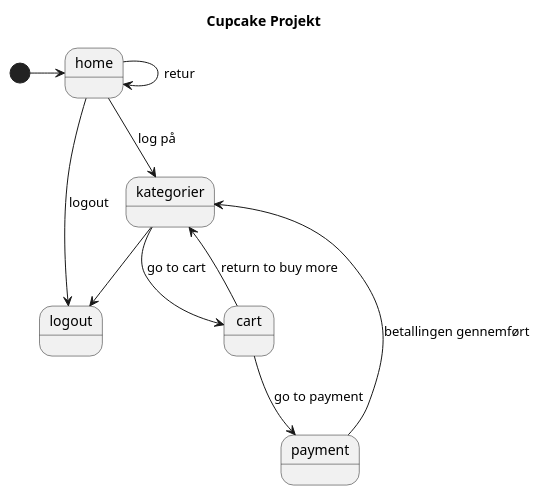
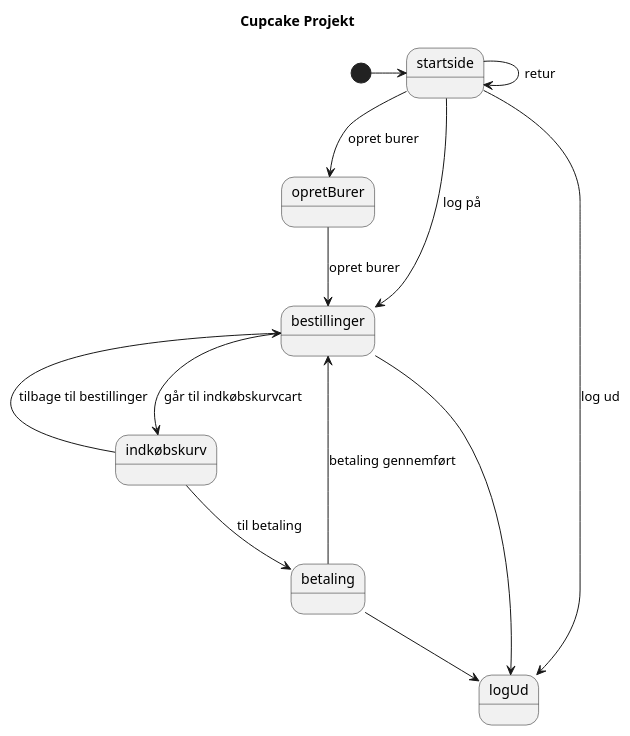
One commit to Mattsigurd/cupcake changed the diagram in src/main/plantuml/cupcake.puml. Above: the diagram before and after it, drawn with PlantUML.

```diff
--- a/src/main/plantuml/cupcake.puml
+++ b/src/main/plantuml/cupcake.puml
@@ -1,24 +1,27 @@
 @startuml
 
 Title Cupcake Projekt
 
-State home
-State logout
-State kategorier
-State cart
-State payment
+State startside
+State opretBurer
+State logUd
+State bestillinger
+State indkøbskurv
+State betaling
 
 
-[*] -> home
-home --> home : retur
-home --> kategorier : log på
-kategorier --> cart : go to cart
-cart --> kategorier : return to buy more
-cart --> payment : go to payment
-payment --> kategorier : betallingen gennemført
-kategorier --> logout
-home --> logout : logout
+[*] -> startside
+startside --> startside : retur
+startside --> bestillinger : log på
+bestillinger --> indkøbskurv : går til indkøbskurvcart
+indkøbskurv --> bestillinger : tilbage til bestillinger
+indkøbskurv --> betaling : til betaling
+betaling --> bestillinger : betaling gennemført
+betaling --> logUd
+bestillinger --> logUd
+startside --> logUd : log ud
 
-
+startside --> opretBurer : opret burer
+opretBurer --> bestillinger : opret burer
 
 @enduml
```
